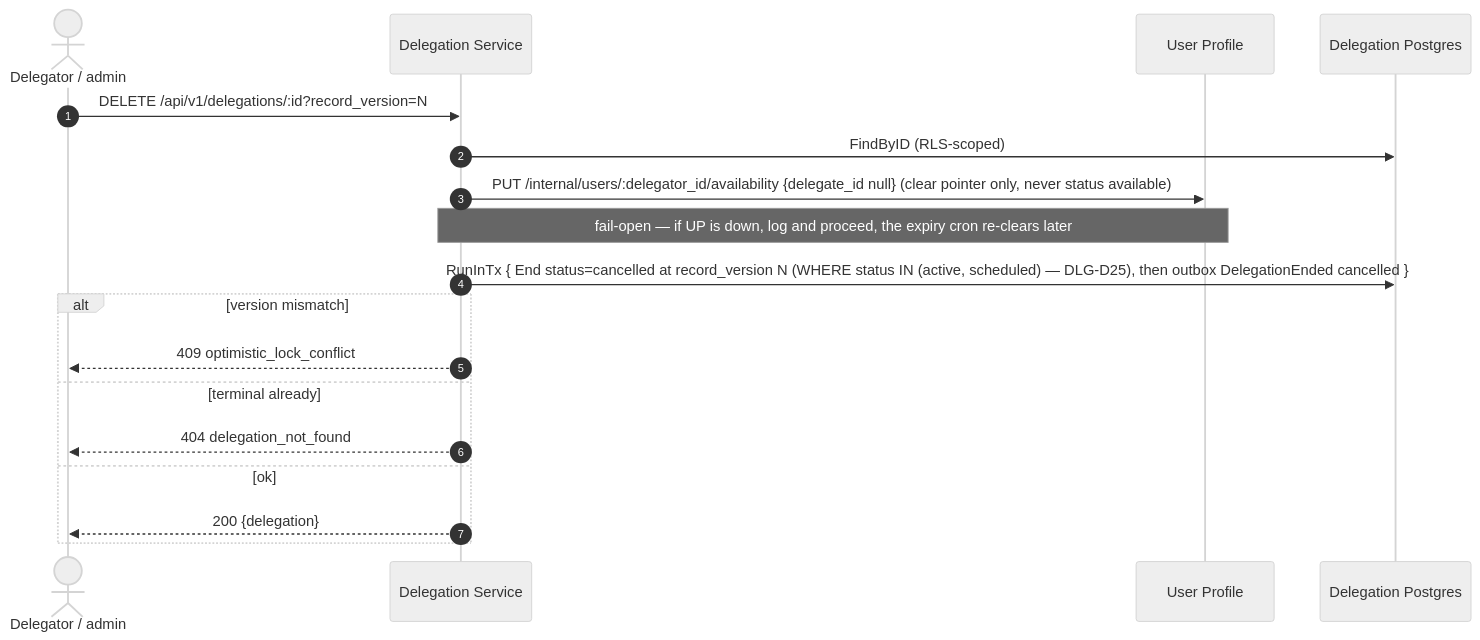
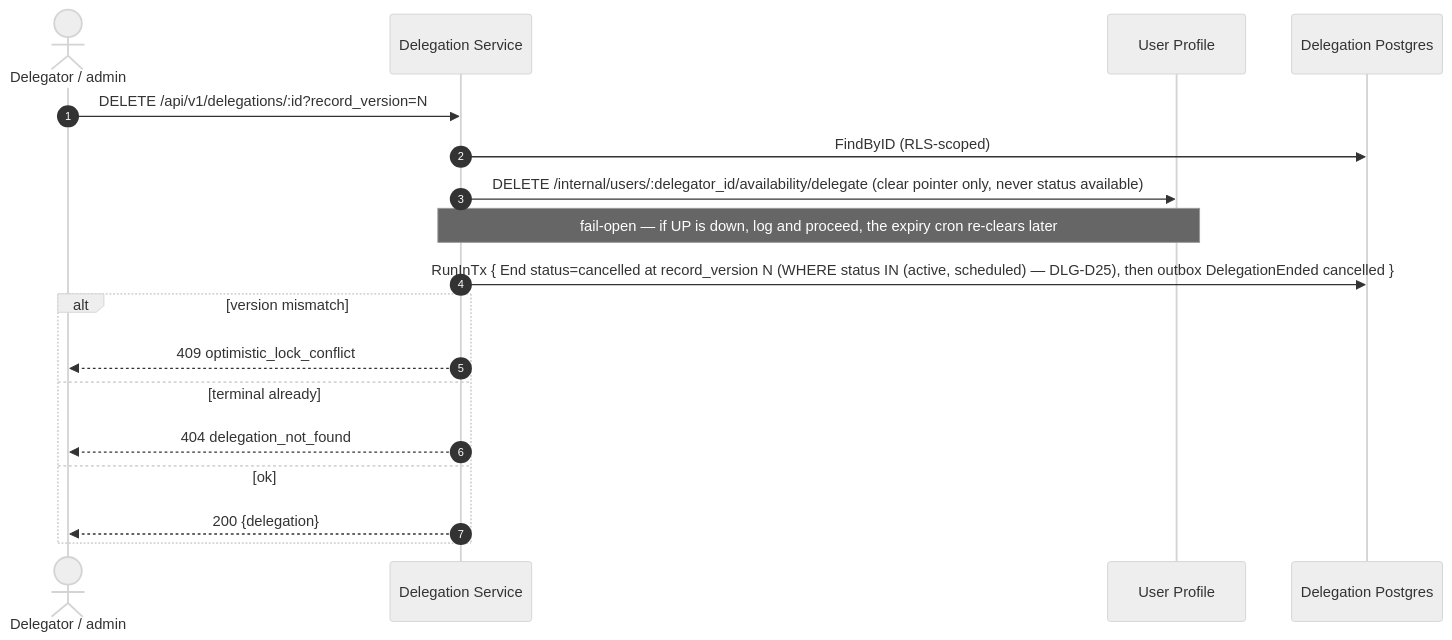
The fifth of 10 diagrams in docs/lld/iam-lld-delegation-service.md (BCBP-SOLUTIONS-FZC-LLC/iam-delegation), drawn with Mermaid (neutral theme) before and after one commit. The commit also changed other lines of this file and 48 other files, not shown here.

````diff
--- a/docs/lld/iam-lld-delegation-service.md
+++ b/docs/lld/iam-lld-delegation-service.md
@@ -938,21 +945,21 @@
 ```mermaid
 sequenceDiagram
     autonumber
     actor U as Delegator / admin
     participant DLG as Delegation Service
     participant UP as User Profile
     participant PG as Delegation Postgres
 
     U->>DLG: DELETE /api/v1/delegations/:id?record_version=N
     DLG->>PG: FindByID (RLS-scoped)
-    DLG->>UP: PUT /internal/users/:delegator_id/availability {delegate_id null} (clear pointer only, never status available)
+    DLG->>UP: DELETE /internal/users/:delegator_id/availability/delegate (clear pointer only, never status available)
     Note over DLG,UP: fail-open — if UP is down, log and proceed, the expiry cron re-clears later
     DLG->>PG: RunInTx { End status=cancelled at record_version N (WHERE status IN (active, scheduled) — DLG-D25), then outbox DelegationEnded cancelled }
     alt version mismatch
         DLG-->>U: 409 optimistic_lock_conflict
     else terminal already
         DLG-->>U: 404 delegation_not_found
     else ok
         DLG-->>U: 200 {delegation}
     end
 ```
````
